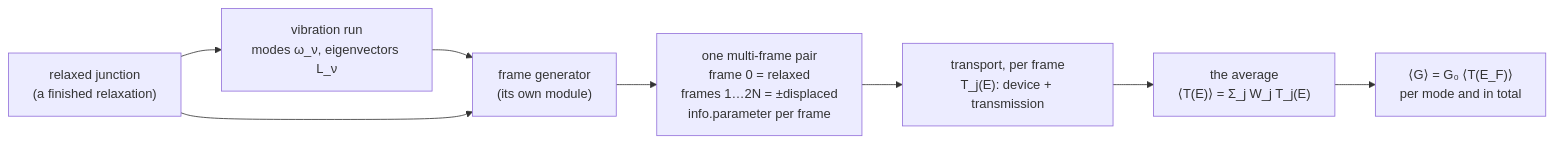
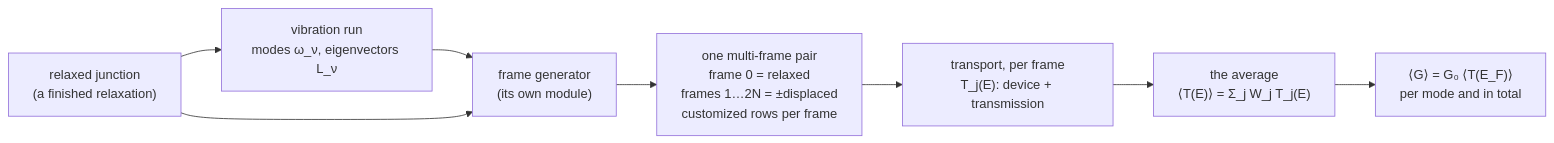
Before and after one commit to Qing-LAB/molbuilder: the first of 6 diagrams in docs/science/vibrational-averaging.md, drawn with Mermaid. The commit also changed other lines of this file and 10 other files, not shown here.

First line of the commit message:
The contract for a frame set: frames and `customized` inside the structure, both axes in transport

````diff
--- a/docs/science/vibrational-averaging.md
+++ b/docs/science/vibrational-averaging.md
@@ -30,10 +30,10 @@
 ```mermaid
 flowchart LR
     R["relaxed junction<br/>(a finished relaxation)"] --> V["vibration run<br/>modes ω_ν, eigenvectors L_ν"]
     V --> G["frame generator<br/>(its own module)"]
     R --> G
-    G --> F["one multi-frame pair<br/>frame 0 = relaxed<br/>frames 1…2N = ±displaced<br/>info.parameter per frame"]
+    G --> F["one multi-frame pair<br/>frame 0 = relaxed<br/>frames 1…2N = ±displaced<br/>customized rows per frame"]
     F --> T["transport, per frame<br/>T_j(E): device + transmission"]
     T --> A["the average<br/>⟨T(E)⟩ = Σ_j W_j T_j(E)"]
     A --> C["⟨G⟩ = G₀ ⟨T(E_F)⟩<br/>per mode and in total"]
 ```
````
